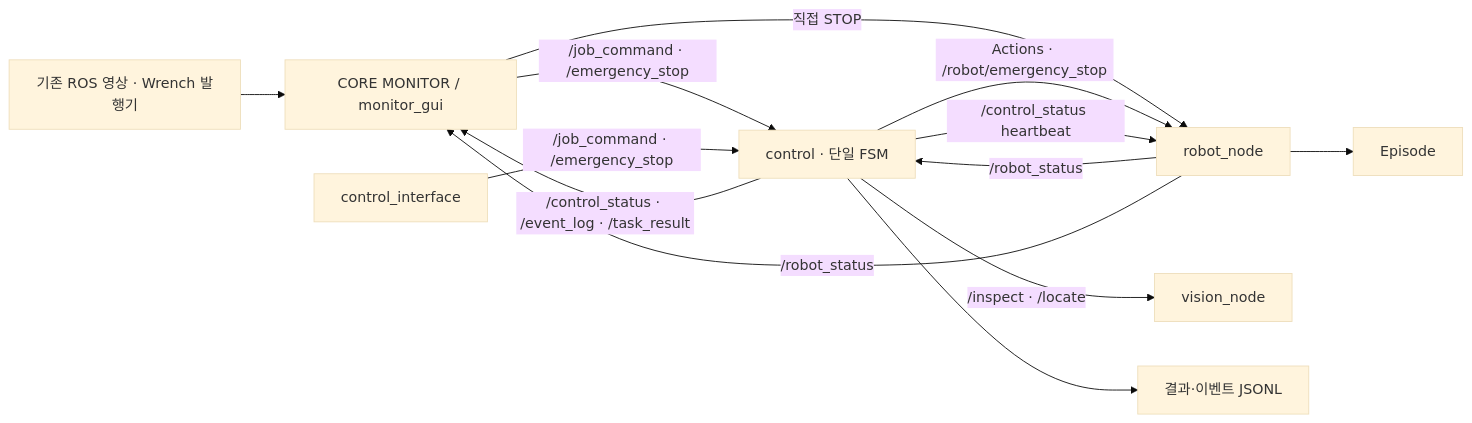
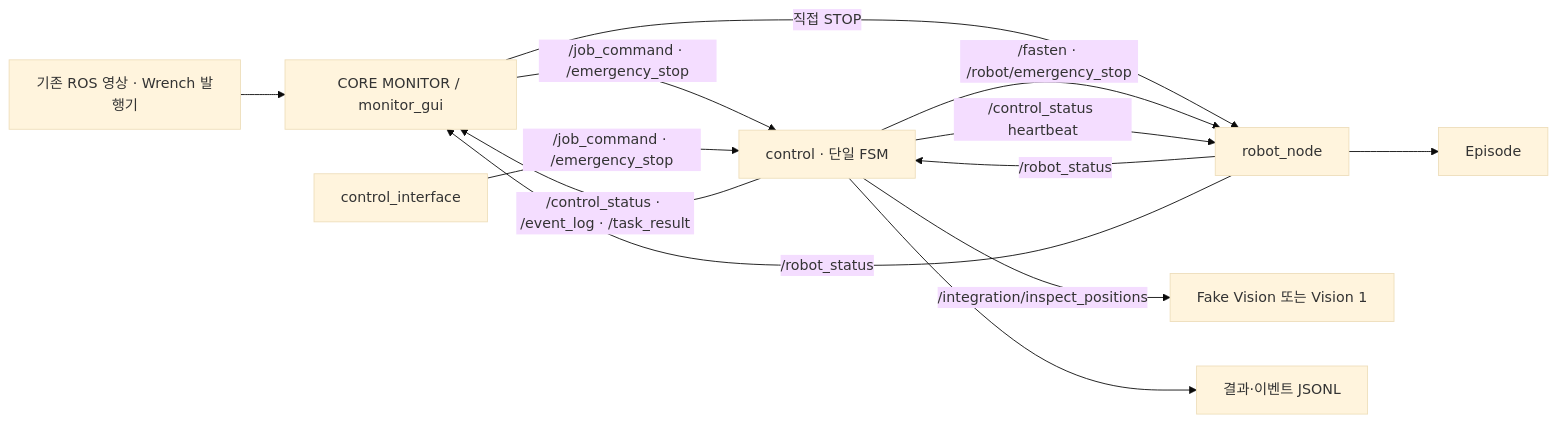
One commit to CHOI-510/rokey10_b1_2nd_core changed the first of 2 diagrams in docs/ARCHITECTURE.md. Above: the diagram before and after it, drawn with Mermaid (base theme). The commit also changed other lines of this file and 18 other files, not shown here.

````diff
--- a/docs/ARCHITECTURE.md
+++ b/docs/ARCHITECTURE.md
@@ -15,15 +15,15 @@
 ```mermaid
 flowchart LR
     M["CORE MONITOR / monitor_gui"] -->|"/job_command · /emergency_stop"| C["control · 단일 FSM"]
     M -->|"직접 STOP"| R
     CLI["control_interface"] -->|"/job_command · /emergency_stop"| C
-    C -->|"Actions · /robot/emergency_stop"| R["robot_node"]
-    C -->|"/inspect · /locate"| V["vision_node"]
+    C -->|"/fasten · /robot/emergency_stop"| R["robot_node"]
+    C -->|"/integration/inspect_positions"| V["Fake Vision 또는 Vision 1"]
     C -->|"/control_status heartbeat"| R
     R -->|"/robot_status"| C
     R -->|"/robot_status"| M
     C -->|"/control_status · /event_log · /task_result"| M
     S["기존 ROS 영상 · Wrench 발행기"] --> M
     C --> J["결과·이벤트 JSONL"]
     R --> E["Episode"]
 ```
````
